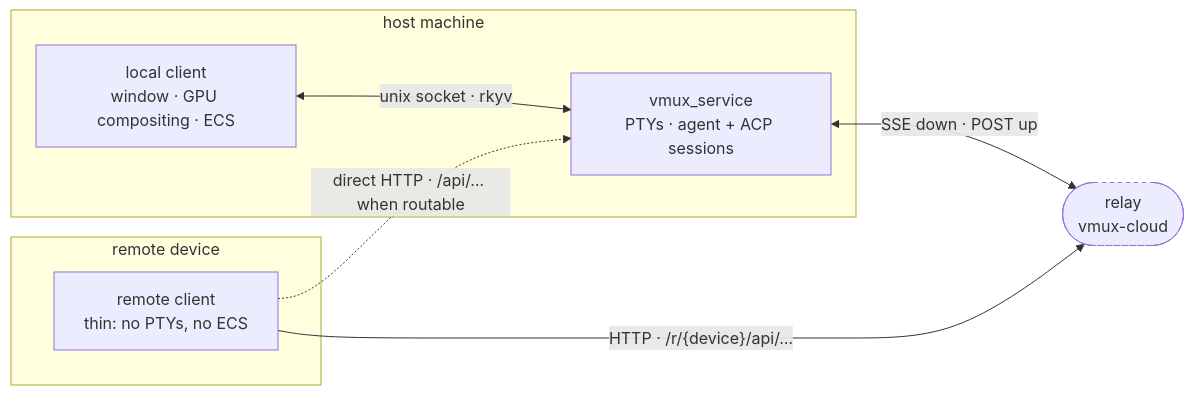
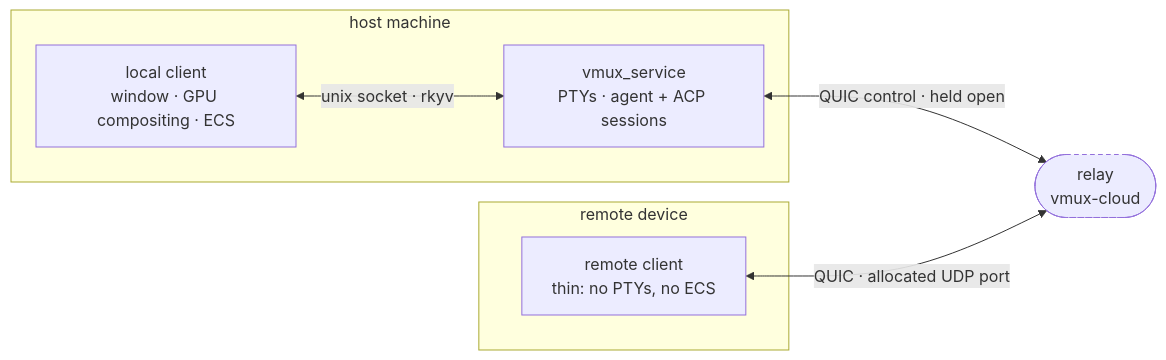
The first of 2 diagrams in docs/architecture/topology.md (vmux-ai/vmux), drawn with Mermaid before and after one commit. The commit also changed other lines of this file and 15 other files, not shown here.

````diff
--- a/docs/architecture/topology.md
+++ b/docs/architecture/topology.md
@@ -20,20 +20,19 @@
 ```mermaid
 flowchart LR
     subgraph host["host machine"]
         service["vmux_service<br/>PTYs · agent + ACP sessions"]
         local["local client<br/>window · GPU compositing · ECS"]
         local <-->|"unix socket · rkyv"| service
     end
 
     subgraph device["remote device"]
         remote["remote client<br/>thin: no PTYs, no ECS"]
     end
 
     relay(["relay<br/>vmux-cloud"])
 
-    service <-->|"SSE down · POST up"| relay
-    remote -->|"HTTP · /r/{device}/api/…"| relay
-    remote -.->|"direct HTTP · /api/… when routable"| service
+    service <-->|"QUIC control · held open"| relay
+    remote <-->|"QUIC · allocated UDP port"| relay
 
     style relay stroke-dasharray: 4 4
 ```
````
